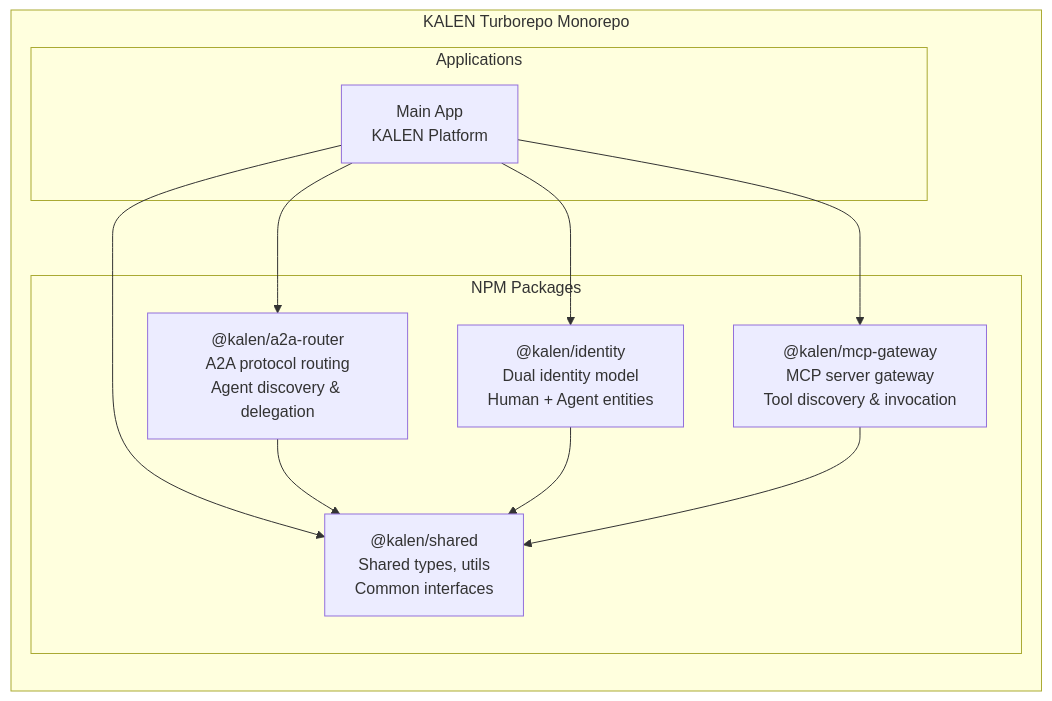
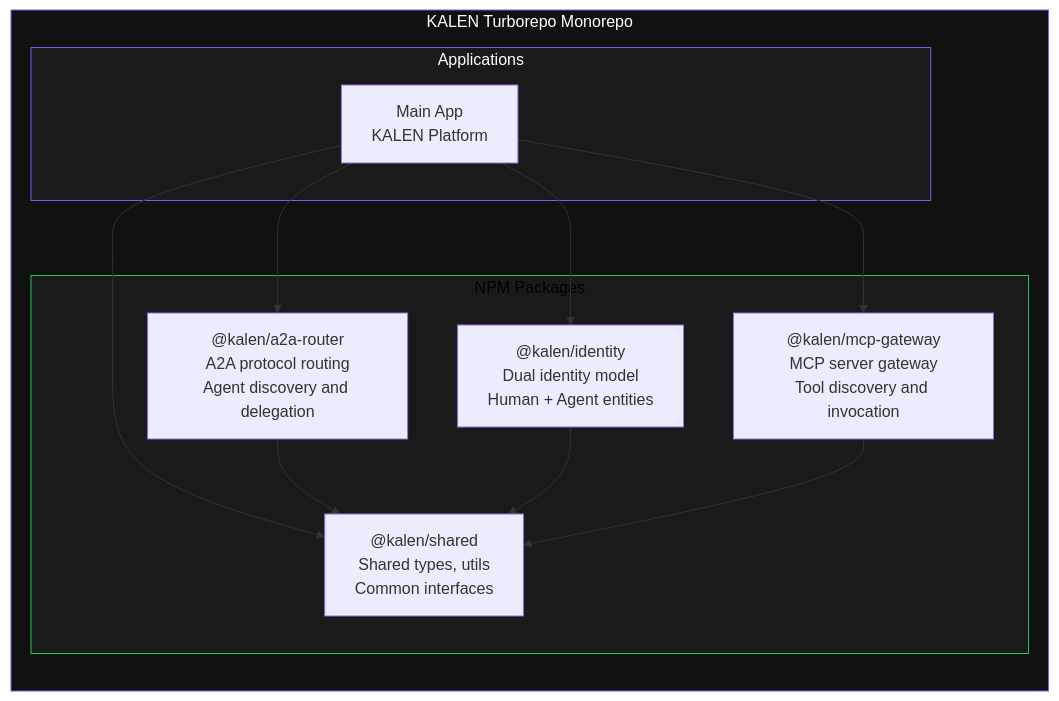
Before and after one commit to mulkymalikuldhrs/kalen: the third of 4 diagrams in README.md, drawn with Mermaid. The commit also changed other lines of this file and 1 other file, not shown here.

Commit message:
🎨 Upgrade: banner image + fixed Mermaid + animations + flow diagrams

````diff
--- a/README.md
+++ b/README.md
@@ -263,25 +235,29 @@
 ```mermaid
 flowchart TB
     subgraph Monorepo["KALEN Turborepo Monorepo"]
         direction TB
 
         subgraph Apps["Applications"]
             MainApp[Main App<br/>KALEN Platform]
         end
 
         subgraph Packages["NPM Packages"]
-            A2A["@kalen/a2a-router<br/>A2A protocol routing<br/>Agent discovery & delegation"]
+            A2A["@kalen/a2a-router<br/>A2A protocol routing<br/>Agent discovery and delegation"]
             Identity["@kalen/identity<br/>Dual identity model<br/>Human + Agent entities"]
-            MCP["@kalen/mcp-gateway<br/>MCP server gateway<br/>Tool discovery & invocation"]
+            MCP["@kalen/mcp-gateway<br/>MCP server gateway<br/>Tool discovery and invocation"]
             Shared["@kalen/shared<br/>Shared types, utils<br/>Common interfaces"]
         end
     end
 
     MainApp --> A2A
     MainApp --> Identity
     MainApp --> MCP
     MainApp --> Shared
     A2A --> Shared
     Identity --> Shared
     MCP --> Shared
+
+    style Monorepo fill:#111111,stroke:#6366f1,color:#fff
+    style Apps fill:#1a1a1a,stroke:#6366f1,color:#fff
+    style Packages fill:#1a1a1a,stroke:#22c55e,color:#000
 ```
````
